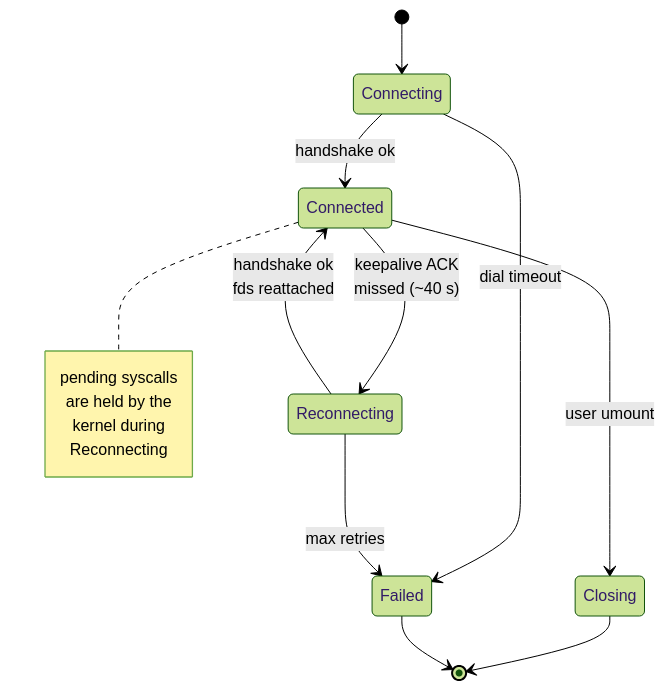
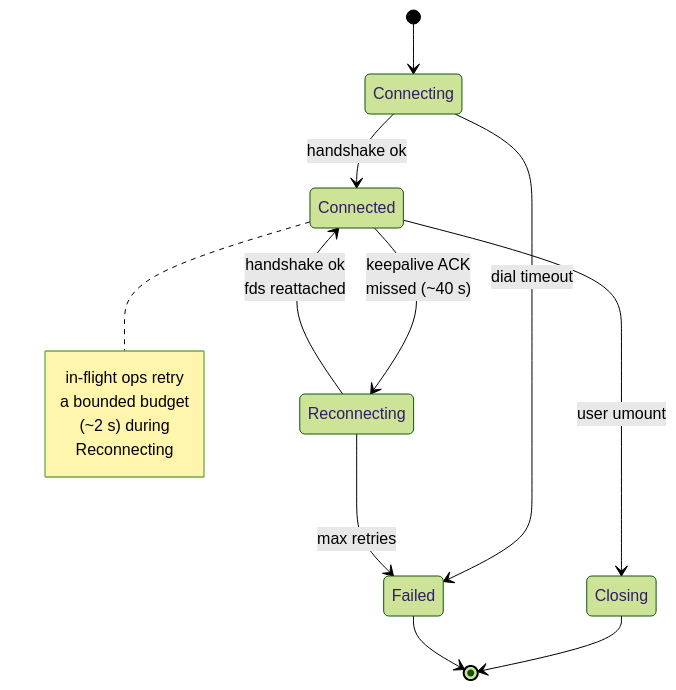
One commit to gMountie/gMountie changed the diagram in docs/concepts/sessions-and-reconnect.mdx. Above: the diagram before and after it, drawn with Mermaid (forest theme). The commit also changed other lines of this file and 18 other files, not shown here.

````diff
--- a/docs/concepts/sessions-and-reconnect.mdx
+++ b/docs/concepts/sessions-and-reconnect.mdx
@@ -61,21 +60,21 @@
 ```mermaid
 stateDiagram-v2
   [*] --> Connecting
   Connecting --> Connected: handshake ok
   Connecting --> Failed: dial timeout
 
   Connected --> Reconnecting: keepalive ACK<br/>missed (~40 s)
   Reconnecting --> Connected: handshake ok<br/>fds reattached
   Reconnecting --> Failed: max retries
 
   Connected --> Closing: user umount
   Closing --> [*]
   Failed --> [*]
 
   note right of Connected
-    pending syscalls
-    are held by the
-    kernel during
+    in-flight ops retry
+    a bounded budget
+    (~2 s) during
     Reconnecting
   end note
 ```
````
